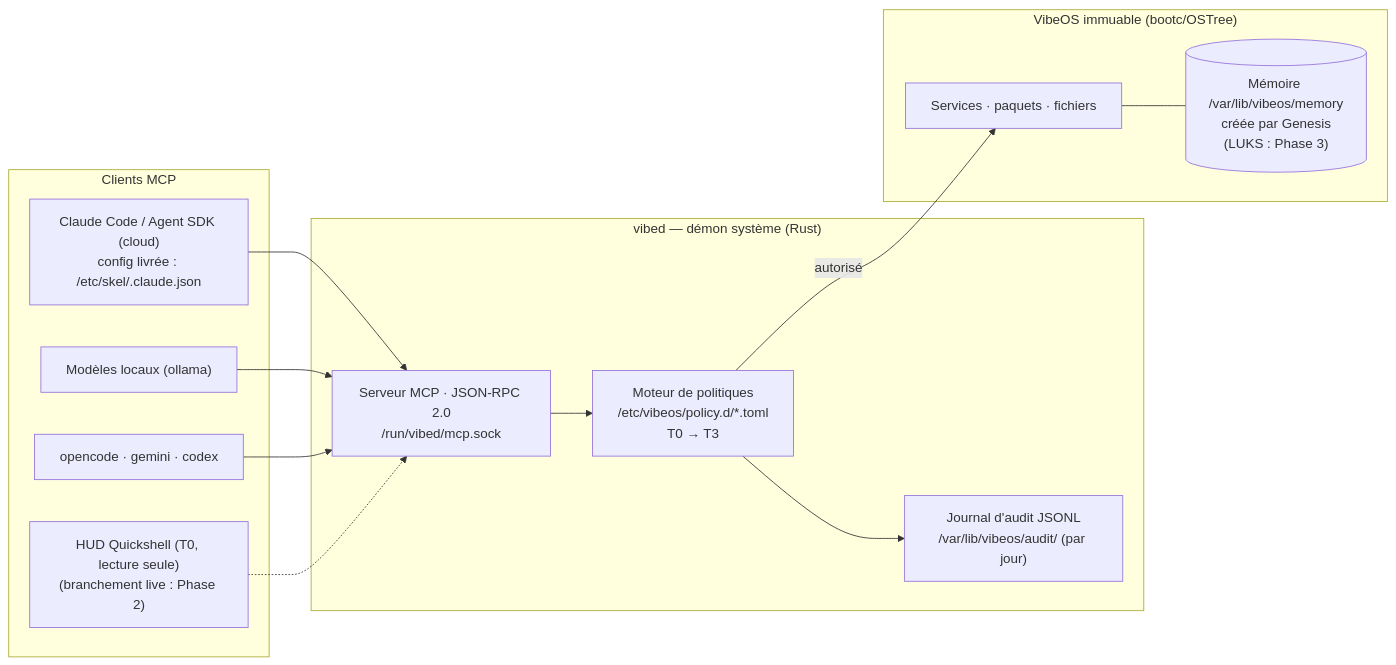
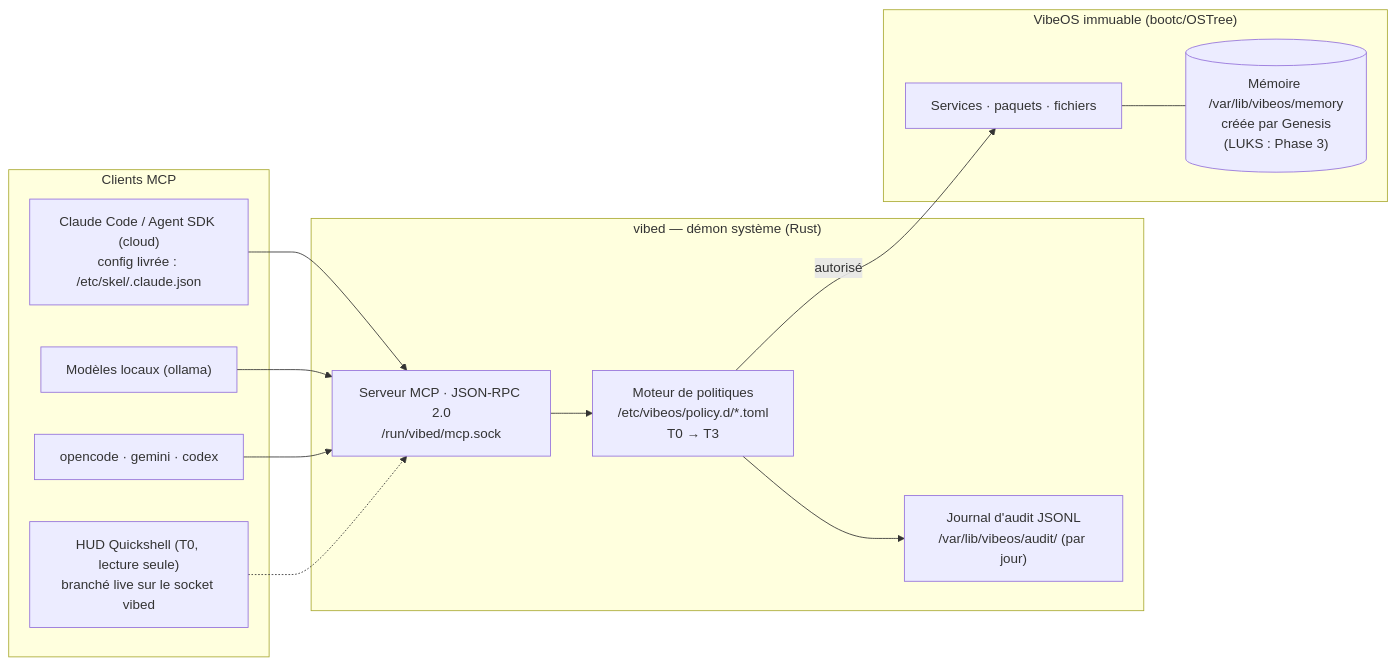
Before and after one commit to Micka420-collab/vibeos: the diagram in README.md, drawn with Mermaid. The commit also changed other lines of this file and 3 other files, not shown here.

````diff
--- a/README.md
+++ b/README.md
@@ -136,26 +141,26 @@
 ```mermaid
 flowchart LR
     subgraph AGENTS["Clients MCP"]
         CC["Claude Code / Agent SDK (cloud)<br/>config livrée : /etc/skel/.claude.json"]
         OL["Modèles locaux (ollama)"]
         AD["opencode · gemini · codex"]
-        HUD["HUD Quickshell (T0, lecture seule)<br/>(branchement live : Phase 2)"]
+        HUD["HUD Quickshell (T0, lecture seule)<br/>branché live sur le socket vibed"]
     end
     subgraph VIBED["vibed — démon système (Rust)"]
         MCP["Serveur MCP · JSON-RPC 2.0<br/>/run/vibed/mcp.sock"]
         POL["Moteur de politiques<br/>/etc/vibeos/policy.d/*.toml<br/>T0 → T3"]
         AUD["Journal d'audit JSONL<br/>/var/lib/vibeos/audit/ (par jour)"]
     end
     subgraph OS["VibeOS immuable (bootc/OSTree)"]
         SYS["Services · paquets · fichiers"]
         MEM[("Mémoire /var/lib/vibeos/memory<br/>créée par Genesis<br/>(LUKS : Phase 3)")]
     end
     CC --> MCP
     OL --> MCP
     AD --> MCP
     HUD -.-> MCP
     MCP --> POL
     POL -->|"autorisé"| SYS
     POL --> AUD
     SYS --- MEM
 ```
````
